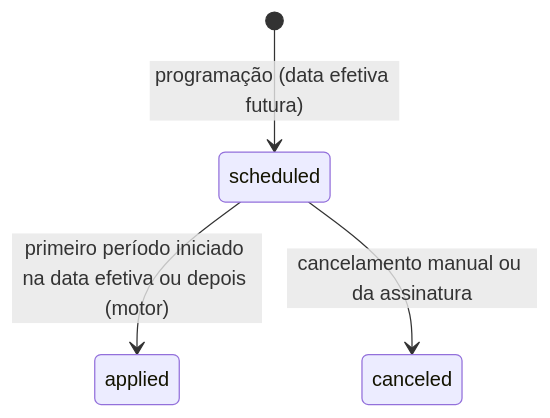
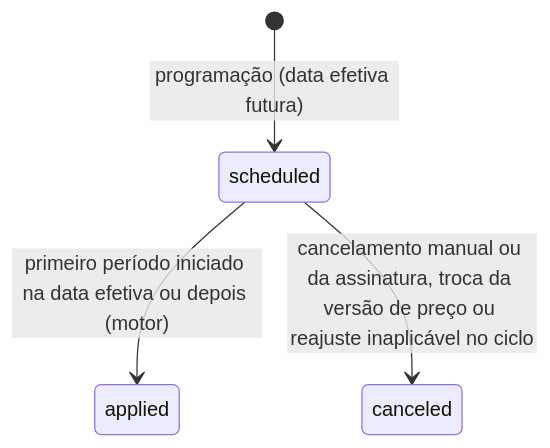
Before and after one commit to ricartefelipe/recorvia: the third of 6 diagrams in docs/arquitetura/maquinas-de-estado.md, drawn with Mermaid. The commit also changed other lines of this file and 56 other files, not shown here.

````diff
--- a/docs/arquitetura/maquinas-de-estado.md
+++ b/docs/arquitetura/maquinas-de-estado.md
@@ -41,6 +41,6 @@
 ```mermaid
 stateDiagram-v2
   [*] --> scheduled: programação (data efetiva futura)
   scheduled --> applied: primeiro período iniciado na data efetiva ou depois (motor)
-  scheduled --> canceled: cancelamento manual ou da assinatura
+  scheduled --> canceled: cancelamento manual ou da assinatura, troca da versão de preço ou reajuste inaplicável no ciclo
 ```
````
